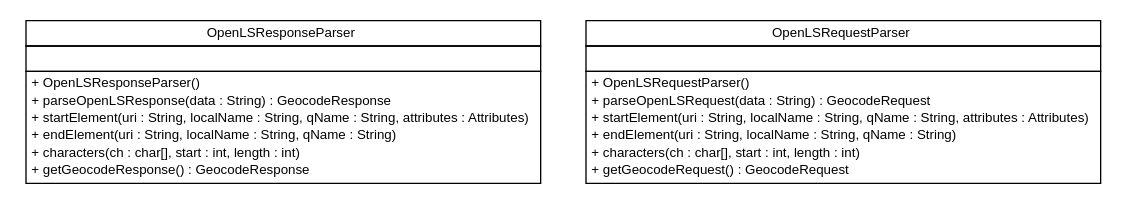
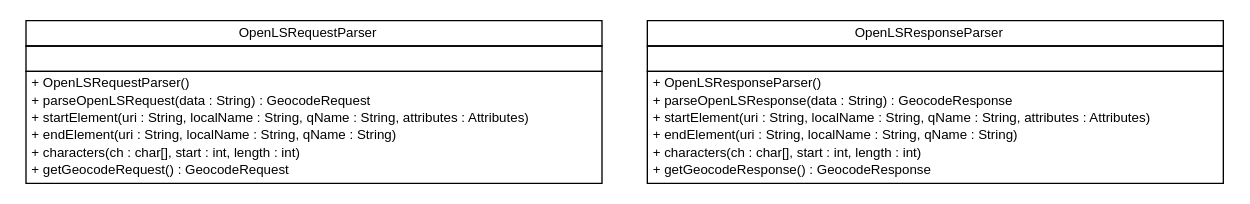
One commit to geozet/openls-databinding changed the diagram in apidocs/nl/geozet/openls/parser/nl.geozet.openls.parser.dot. Above: the diagram before and after it, drawn with Graphviz. The commit also changed 307 other files, not shown here.

```diff
--- a/apidocs/nl/geozet/openls/parser/nl.geozet.openls.parser.dot
+++ b/apidocs/nl/geozet/openls/parser/nl.geozet.openls.parser.dot
@@ -1,46 +1,46 @@
 #!/usr/local/bin/dot
 #
 # Class diagram 
 # Generated by UMLGraph version R5_6-24-gf6e263 (http://www.umlgraph.org/)
 #
 
 digraph G {
-	edge [fontname="arial",fontsize=10,labelfontname="arial",labelfontsize=10];
-	node [fontname="arial",fontsize=10,shape=plaintext];
+	edge [fontname="Helvetica",fontsize=10,labelfontname="Helvetica",labelfontsize=10];
+	node [fontname="Helvetica",fontsize=10,shape=plaintext];
 	nodesep=0.25;
 	ranksep=0.5;
+	// nl.geozet.openls.parser.OpenLSRequestParser
+	c0 [label=<<table title="nl.geozet.openls.parser.OpenLSRequestParser" border="0" cellborder="1" cellspacing="0" cellpadding="2" port="p" href="./OpenLSRequestParser.html">
+		<tr><td><table border="0" cellspacing="0" cellpadding="1">
+<tr><td align="center" balign="center"> OpenLSRequestParser </td></tr>
+		</table></td></tr>
+		<tr><td><table border="0" cellspacing="0" cellpadding="1">
+<tr><td align="left" balign="left">  </td></tr>
+		</table></td></tr>
+		<tr><td><table border="0" cellspacing="0" cellpadding="1">
+<tr><td align="left" balign="left"> + OpenLSRequestParser() </td></tr>
+<tr><td align="left" balign="left"> + parseOpenLSRequest(data : String) : GeocodeRequest </td></tr>
+<tr><td align="left" balign="left"> + startElement(uri : String, localName : String, qName : String, attributes : Attributes) </td></tr>
+<tr><td align="left" balign="left"> + endElement(uri : String, localName : String, qName : String) </td></tr>
+<tr><td align="left" balign="left"> + characters(ch : char[], start : int, length : int) </td></tr>
+<tr><td align="left" balign="left"> + getGeocodeRequest() : GeocodeRequest </td></tr>
+		</table></td></tr>
+		</table>>, URL="./OpenLSRequestParser.html", fontname="Helvetica", fontcolor="black", fontsize=10.0];
 	// nl.geozet.openls.parser.OpenLSResponseParser
-	c66 [label=<<table title="nl.geozet.openls.parser.OpenLSResponseParser" border="0" cellborder="1" cellspacing="0" cellpadding="2" port="p" href="./OpenLSResponseParser.html">
+	c1 [label=<<table title="nl.geozet.openls.parser.OpenLSResponseParser" border="0" cellborder="1" cellspacing="0" cellpadding="2" port="p" href="./OpenLSResponseParser.html">
 		<tr><td><table border="0" cellspacing="0" cellpadding="1">
 <tr><td align="center" balign="center"> OpenLSResponseParser </td></tr>
 		</table></td></tr>
 		<tr><td><table border="0" cellspacing="0" cellpadding="1">
 <tr><td align="left" balign="left">  </td></tr>
 		</table></td></tr>
 		<tr><td><table border="0" cellspacing="0" cellpadding="1">
 <tr><td align="left" balign="left"> + OpenLSResponseParser() </td></tr>
 <tr><td align="left" balign="left"> + parseOpenLSResponse(data : String) : GeocodeResponse </td></tr>
 <tr><td align="left" balign="left"> + startElement(uri : String, localName : String, qName : String, attributes : Attributes) </td></tr>
 <tr><td align="left" balign="left"> + endElement(uri : String, localName : String, qName : String) </td></tr>
 <tr><td align="left" balign="left"> + characters(ch : char[], start : int, length : int) </td></tr>
 <tr><td align="left" balign="left"> + getGeocodeResponse() : GeocodeResponse </td></tr>
 		</table></td></tr>
-		</table>>, URL="./OpenLSResponseParser.html", fontname="arial", fontcolor="black", fontsize=10.0];
-	// nl.geozet.openls.parser.OpenLSRequestParser
-	c67 [label=<<table title="nl.geozet.openls.parser.OpenLSRequestParser" border="0" cellborder="1" cellspacing="0" cellpadding="2" port="p" href="./OpenLSRequestParser.html">
-		<tr><td><table border="0" cellspacing="0" cellpadding="1">
-<tr><td align="center" balign="center"> OpenLSRequestParser </td></tr>
-		</table></td></tr>
-		<tr><td><table border="0" cellspacing="0" cellpadding="1">
-<tr><td align="left" balign="left">  </td></tr>
-		</table></td></tr>
-		<tr><td><table border="0" cellspacing="0" cellpadding="1">
-<tr><td align="left" balign="left"> + OpenLSRequestParser() </td></tr>
-<tr><td align="left" balign="left"> + parseOpenLSRequest(data : String) : GeocodeRequest </td></tr>
-<tr><td align="left" balign="left"> + startElement(uri : String, localName : String, qName : String, attributes : Attributes) </td></tr>
-<tr><td align="left" balign="left"> + endElement(uri : String, localName : String, qName : String) </td></tr>
-<tr><td align="left" balign="left"> + characters(ch : char[], start : int, length : int) </td></tr>
-<tr><td align="left" balign="left"> + getGeocodeRequest() : GeocodeRequest </td></tr>
-		</table></td></tr>
-		</table>>, URL="./OpenLSRequestParser.html", fontname="arial", fontcolor="black", fontsize=10.0];
+		</table>>, URL="./OpenLSResponseParser.html", fontname="Helvetica", fontcolor="black", fontsize=10.0];
 }
```
